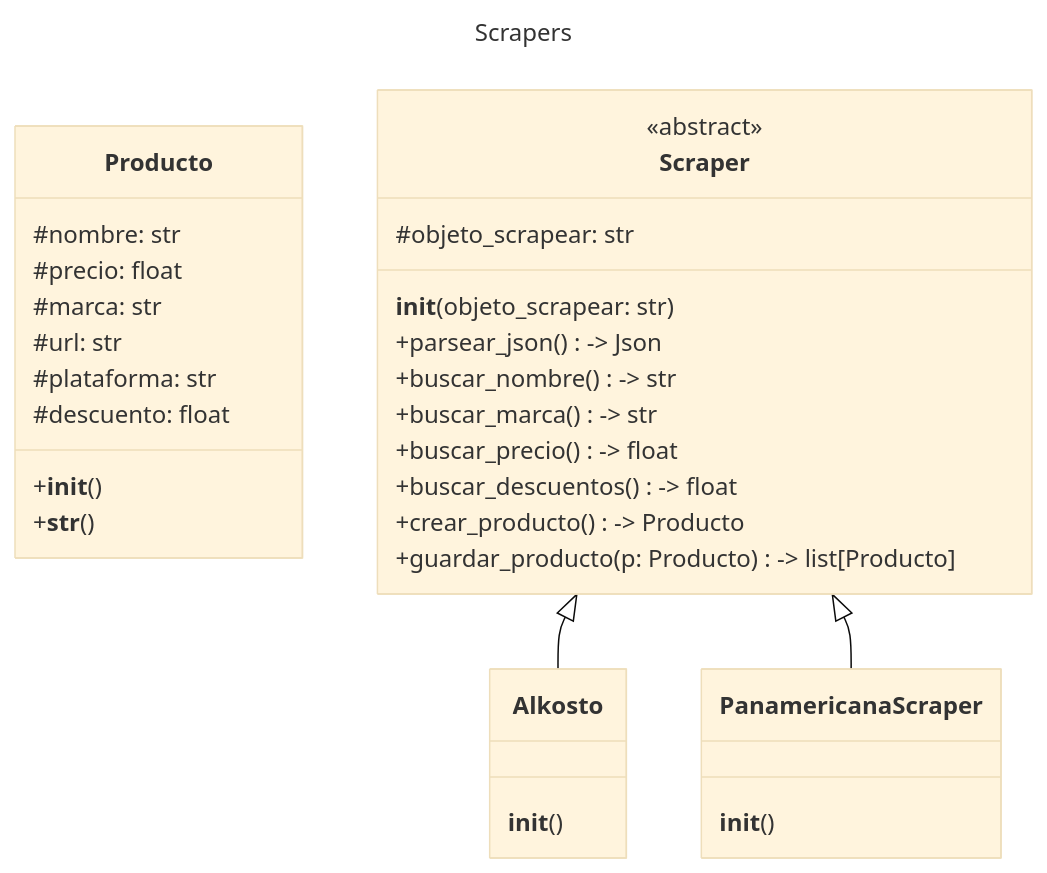
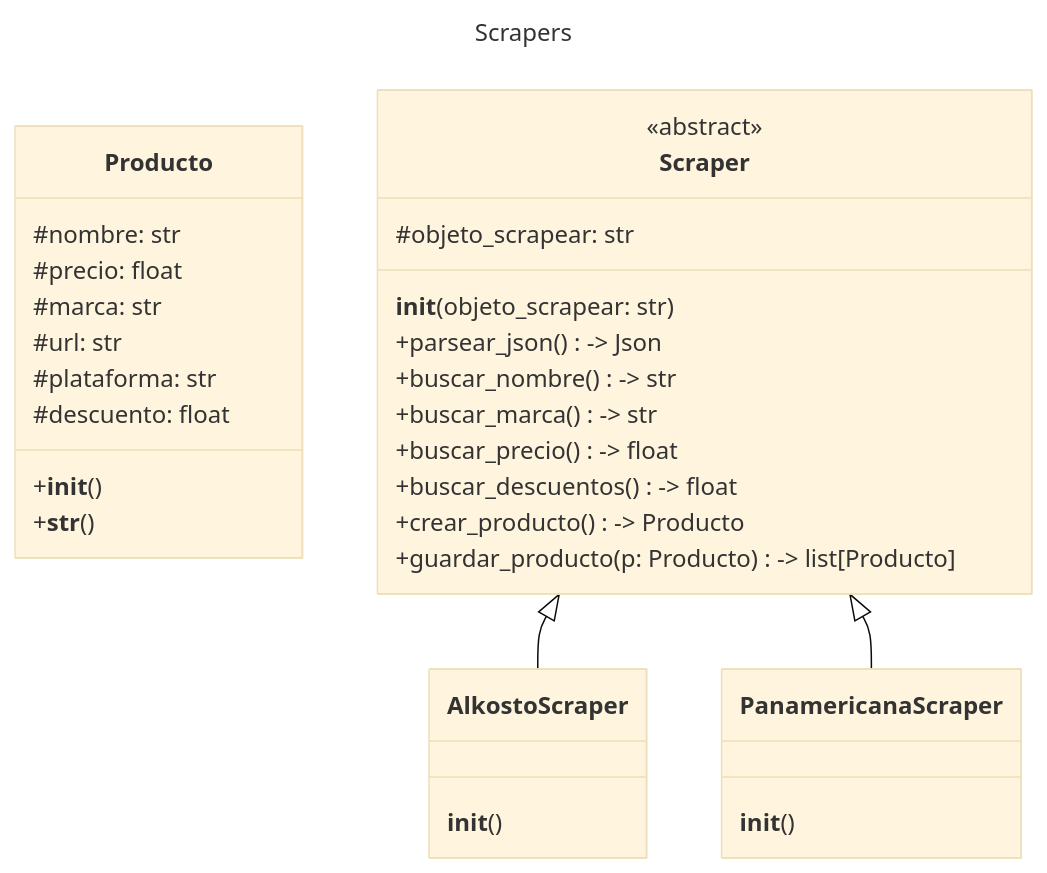
Before and after one commit to DanielFelipeGomezFonseca/poo_project: the first of 2 diagrams in README.md, drawn with Mermaid (base theme).

````diff
--- a/README.md
+++ b/README.md
@@ -37,43 +37,43 @@
 ```mermaid
 ---
 title: Scrapers
 ---
 classDiagram
 
 class Producto {
   #nombre: str
   #precio: float
   #marca: str
   #url: str
   #plataforma: str
   #descuento: float
 
   +__init__() 
   +__str__() 
 }
 
 class Scraper {
   <<abstract>>
   #objeto_scrapear: str
 
   __init__(objeto_scrapear: str) 
   +parsear_json() -> Json
   +buscar_nombre() -> str
   +buscar_marca() -> str
   +buscar_precio() -> float
   +buscar_descuentos() -> float
   +crear_producto() -> Producto
   +guardar_producto(p: Producto) -> list[Producto]
 }
 
-class Alkosto {
+class AlkostoScraper {
   __init__() 
 }
 
 class PanamericanaScraper {
   __init__() 
 }
 
-Scraper <|-- Alkosto
+Scraper <|-- AlkostoScraper
 Scraper <|-- PanamericanaScraper
 ```
````
